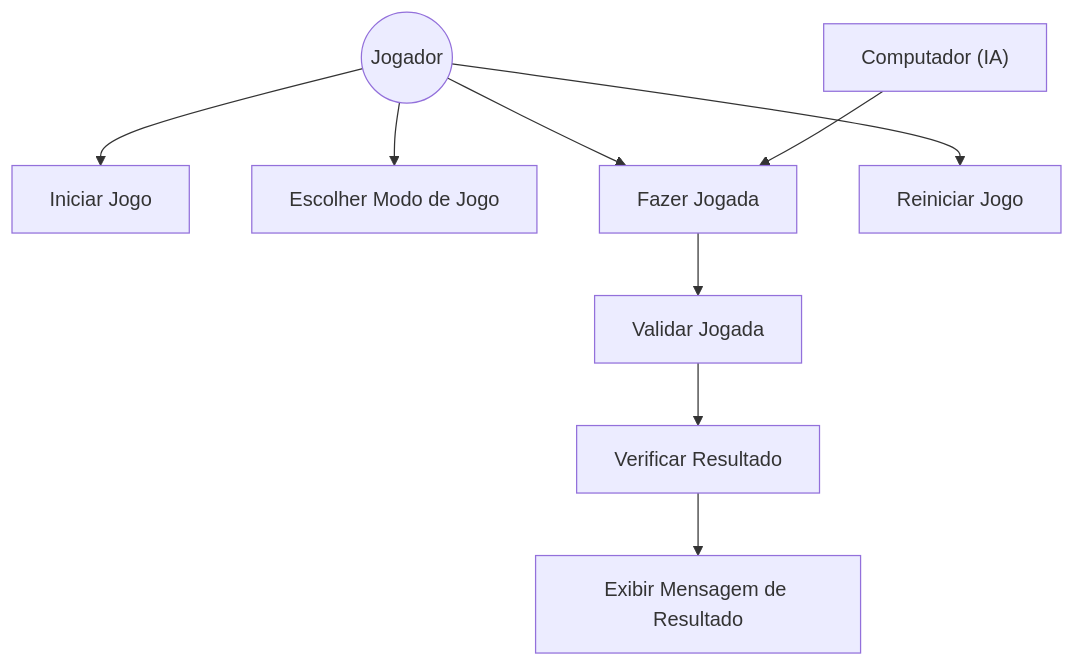
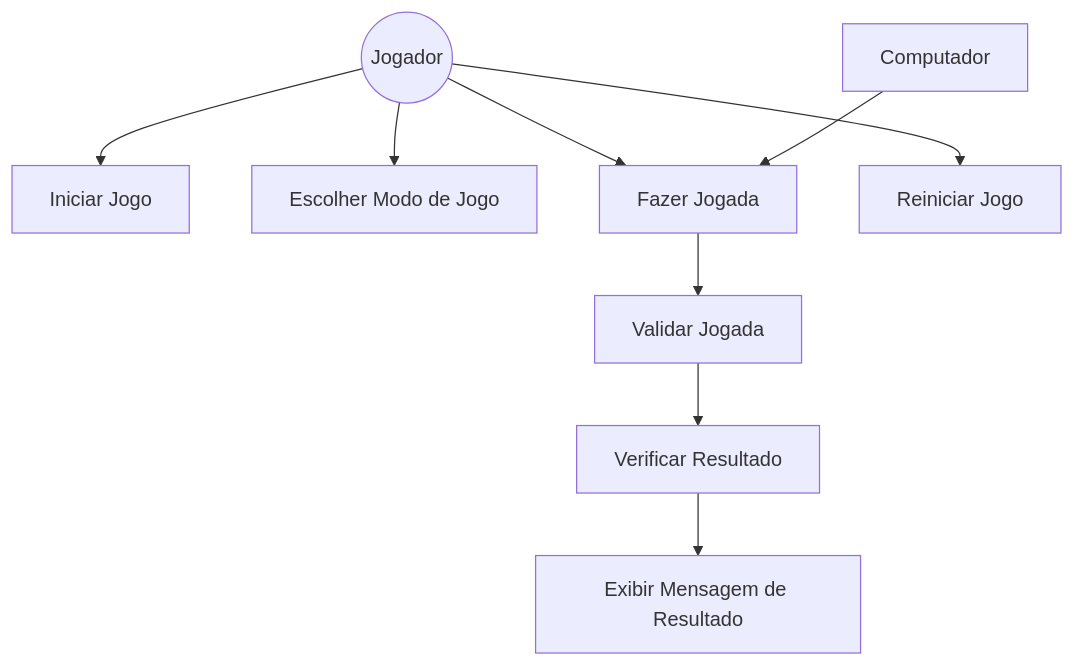
Before and after one commit to ruiv4-cyber/projeto-jogo-da-velha: the diagram in docs/arquitetura/diagramas/casos_de_uso/template_caso_de_uso.md, drawn with Mermaid.

Commit message:
Update template_caso_de_uso.md
certo

````diff
--- a/docs/arquitetura/diagramas/casos_de_uso/template_caso_de_uso.md
+++ b/docs/arquitetura/diagramas/casos_de_uso/template_caso_de_uso.md
@@ -92,15 +92,15 @@
 ```mermaid
 graph TD
     Jogador(("Jogador"))
-    Computador["Computador (IA)"]
+    Computador["Computador "]
 
     Jogador --> IniciarJogo["Iniciar Jogo"]
     Jogador --> EscolherModo["Escolher Modo de Jogo"]
     Jogador --> FazerJogada["Fazer Jogada"]
     Computador --> FazerJogada
 
     FazerJogada --> ValidarJogada["Validar Jogada"]
     ValidarJogada --> VerificarResultado["Verificar Resultado"]
     VerificarResultado --> ExibirMensagem["Exibir Mensagem de Resultado"]
     Jogador --> ReiniciarJogo["Reiniciar Jogo"]
 ```
````
